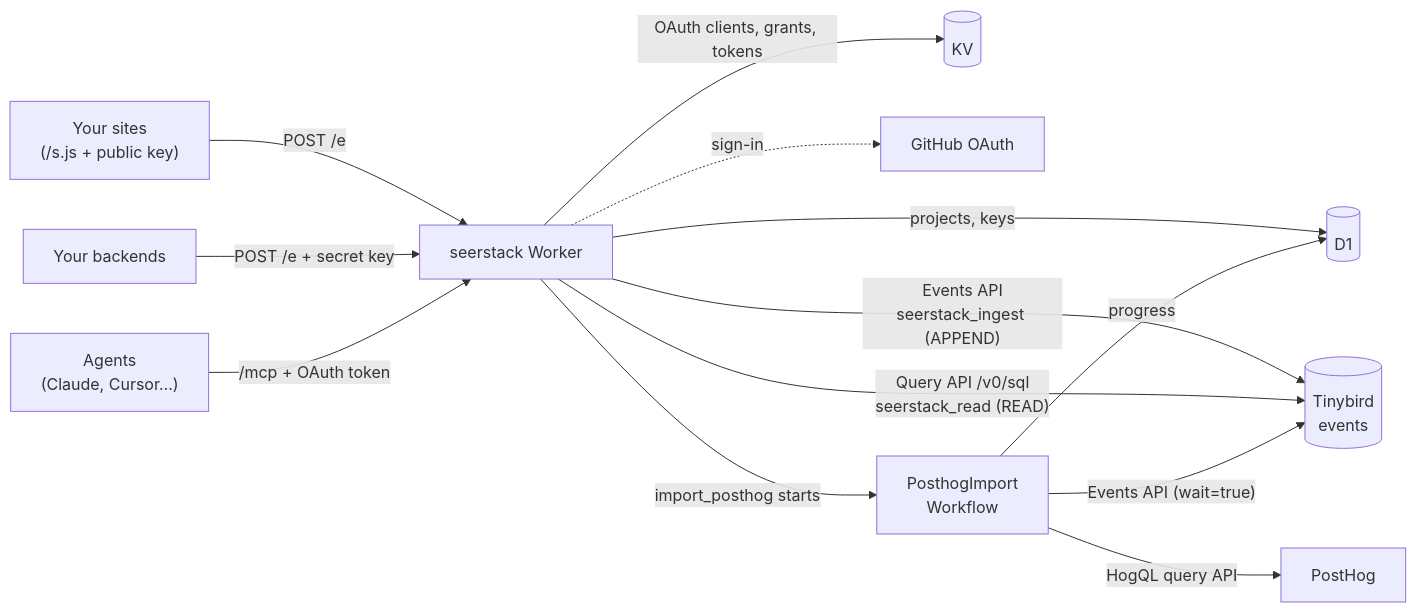
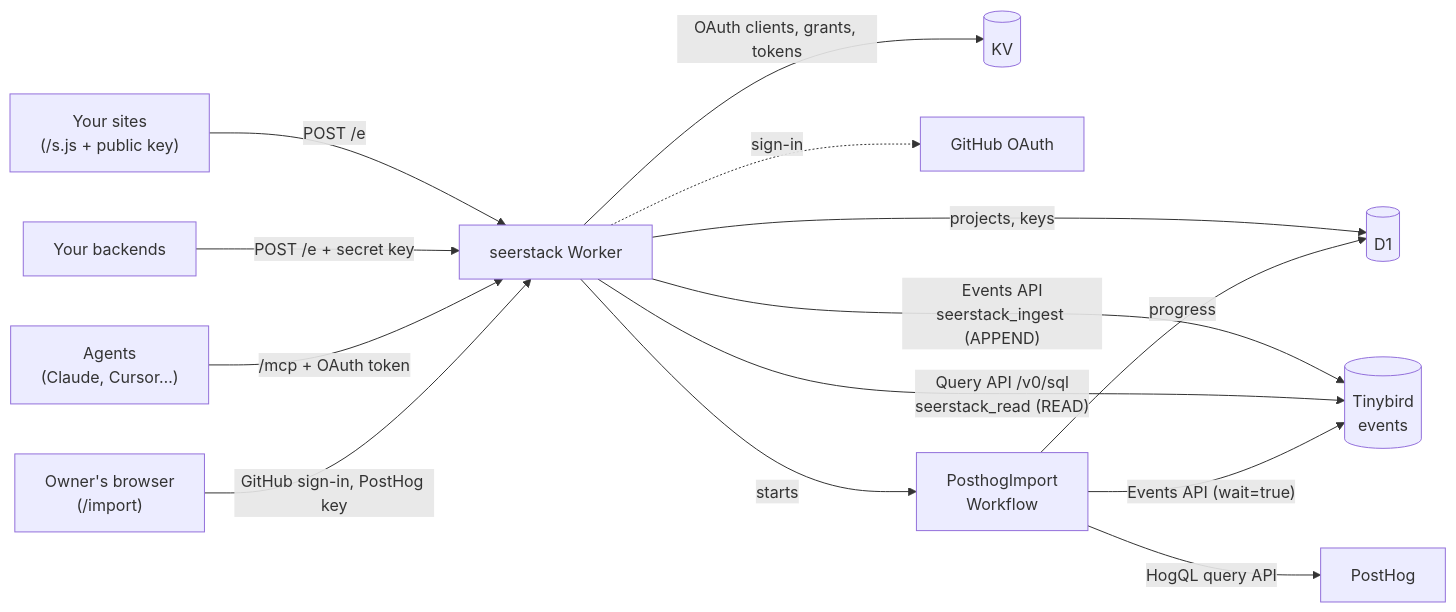
One commit to dqnamo/seerstack changed the diagram in .context/architecture.md. Above: the diagram before and after it, drawn with Mermaid. The commit also changed other lines of this file and 15 other files, not shown here.

First line of the commit message:
Start PostHog imports from an owner-only page, not with a key in chat

````diff
--- a/.context/architecture.md
+++ b/.context/architecture.md
@@ -5,15 +5,16 @@
 ```mermaid
 flowchart LR
   browser["Your sites<br/>(/s.js + public key)"] -- "POST /e" --> worker
   servers["Your backends"] -- "POST /e + secret key" --> worker
   agents["Agents<br/>(Claude, Cursor…)"] -- "/mcp + OAuth token" --> worker
   worker["seerstack Worker"] -- "projects, keys" --> d1[("D1")]
   worker -- "OAuth clients, grants, tokens" --> kv[("KV")]
   worker -- "Events API<br/>seerstack_ingest (APPEND)" --> tb[("Tinybird<br/>events")]
   worker -- "Query API /v0/sql<br/>seerstack_read (READ)" --> tb
   worker -. "sign-in" .-> gh["GitHub OAuth"]
-  worker -- "import_posthog starts" --> wf["PosthogImport<br/>Workflow"]
+  owner["Owner's browser<br/>(/import)"] -- "GitHub sign-in, PostHog key" --> worker
+  worker -- "starts" --> wf["PosthogImport<br/>Workflow"]
   wf -- "HogQL query API" --> ph["PostHog"]
   wf -- "Events API (wait=true)" --> tb
   wf -- "progress" --> d1
 ```
````
